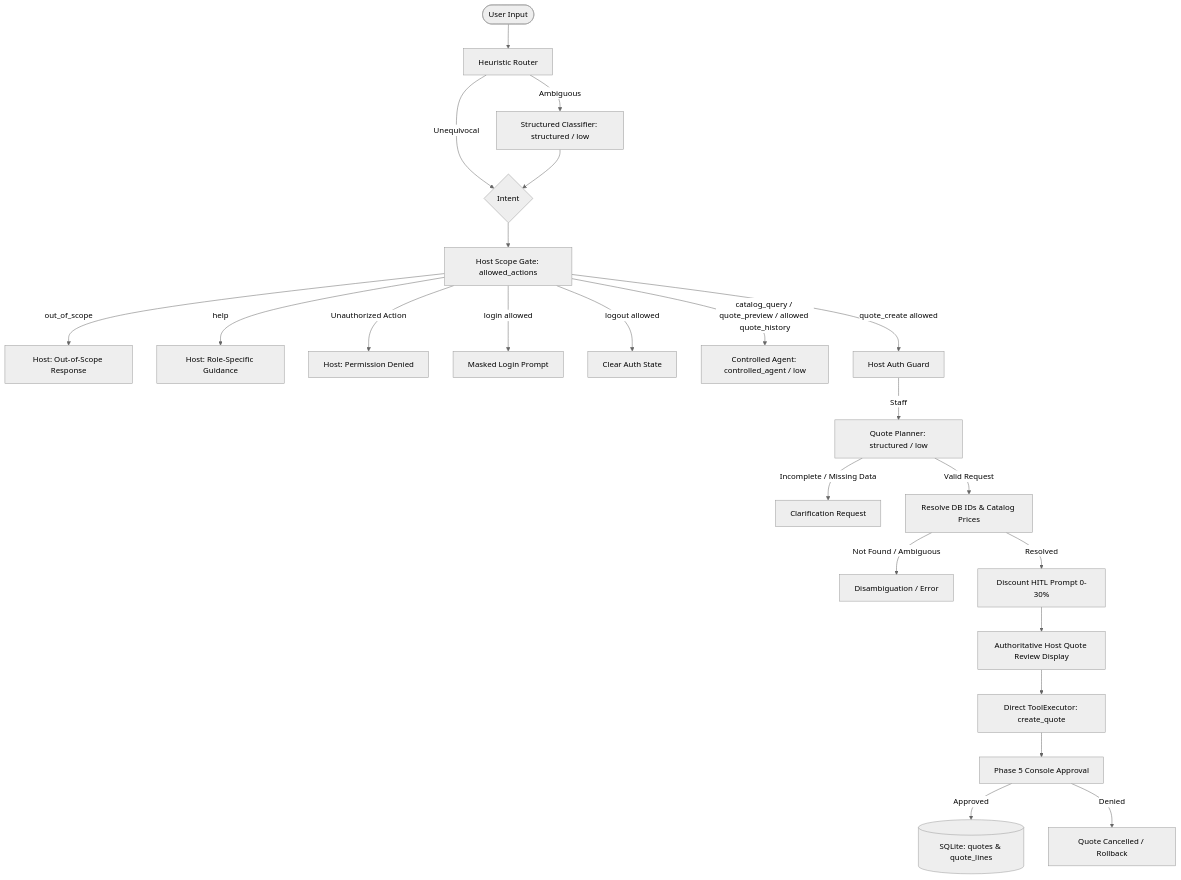
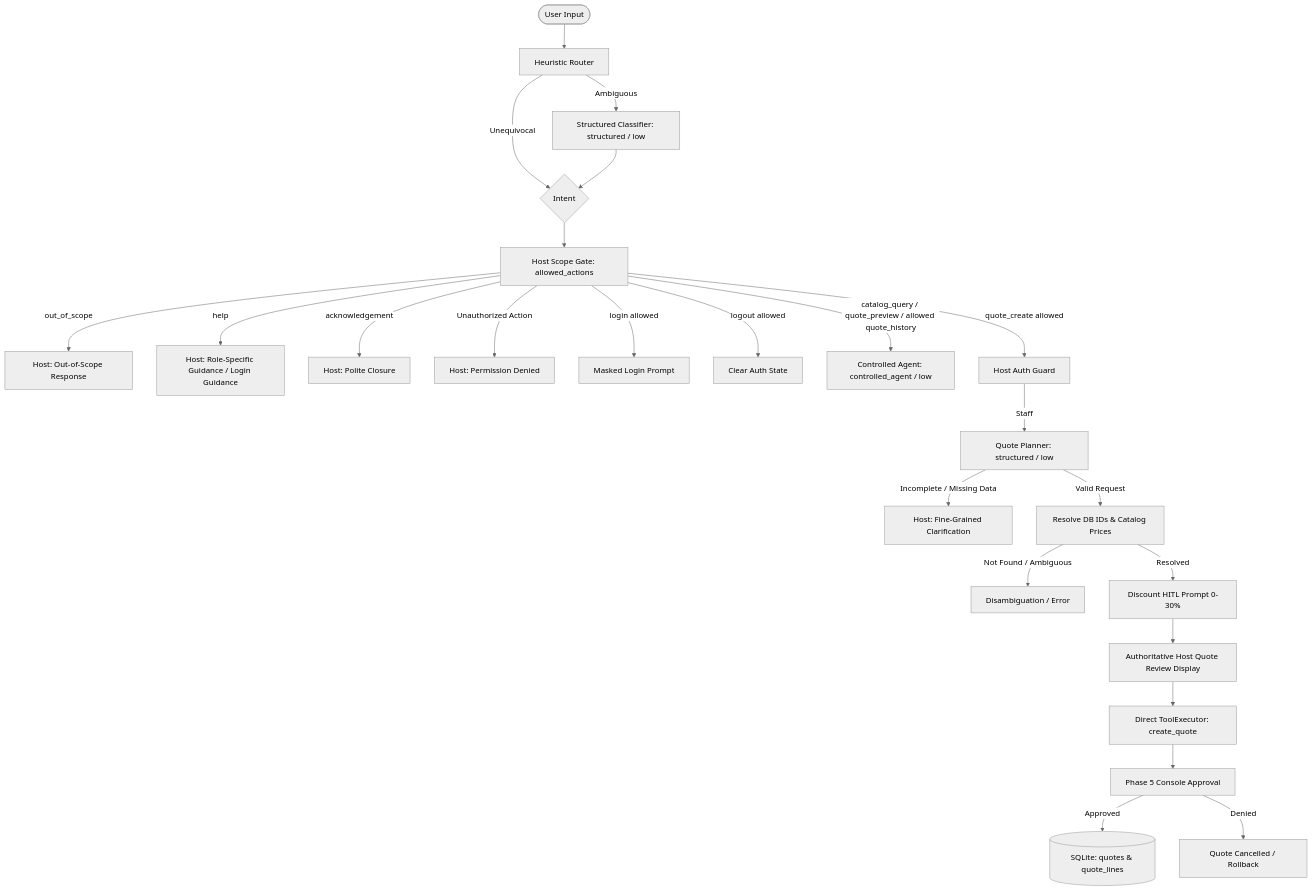
One commit to fernan2cp/proteo-runtime changed the diagram in examples/smart_quote_agent/README.md. Above: the diagram before and after it, drawn with Mermaid (neutral theme). The commit also changed other lines of this file and 5 other files, not shown here.

First line of the commit message:
fix(codex): harden structured output normalization and smart quote agent UX

````diff
--- a/examples/smart_quote_agent/README.md
+++ b/examples/smart_quote_agent/README.md
@@ -28,29 +29,30 @@
 ```mermaid
 flowchart TD
     User([User Input]) --> Router[Heuristic Router]
     Router -->|Unequivocal| DirectIntent{Intent}
     Router -->|Ambiguous| StructuredClassifier[Structured Classifier: structured / low]
     StructuredClassifier --> DirectIntent
 
     DirectIntent --> ScopeGate[Host Scope Gate: allowed_actions]
 
     ScopeGate -->|out_of_scope| OutOfScopeOutput[Host: Out-of-Scope Response]
-    ScopeGate -->|help| HelpOutput[Host: Role-Specific Guidance]
+    ScopeGate -->|help| HelpOutput[Host: Role-Specific Guidance / Login Guidance]
+    ScopeGate -->|acknowledgement| AckOutput[Host: Polite Closure]
     ScopeGate -->|Unauthorized Action| DeniedOutput[Host: Permission Denied]
 
     ScopeGate -->|login allowed| LoginHITL[Masked Login Prompt]
     ScopeGate -->|logout allowed| Logout[Clear Auth State]
     ScopeGate -->|catalog_query / quote_preview / allowed quote_history| ControlledAgent[Controlled Agent: controlled_agent / low]
     ScopeGate -->|quote_create allowed| AuthGuard[Host Auth Guard]
 
     AuthGuard -->|Staff| QuotePlanner[Quote Planner: structured / low]
-    QuotePlanner -->|Incomplete / Missing Data| ClarifyPrompt[Clarification Request]
+    QuotePlanner -->|Incomplete / Missing Data| ClarifyPrompt[Host: Fine-Grained Clarification]
     QuotePlanner -->|Valid Request| ResolveData[Resolve DB IDs & Catalog Prices]
     ResolveData -->|Not Found / Ambiguous| AmbiguityMessage[Disambiguation / Error]
     ResolveData -->|Resolved| DiscountHITL[Discount HITL Prompt 0-30%]
     DiscountHITL --> QuoteReview[Authoritative Host Quote Review Display]
     QuoteReview --> CreateQuoteTool[Direct ToolExecutor: create_quote]
     CreateQuoteTool --> ApprovalHITL[Phase 5 Console Approval]
     ApprovalHITL -->|Approved| AtomicWrite[(SQLite: quotes & quote_lines)]
     ApprovalHITL -->|Denied| CancelledOutput[Quote Cancelled / Rollback]
 ```
````
